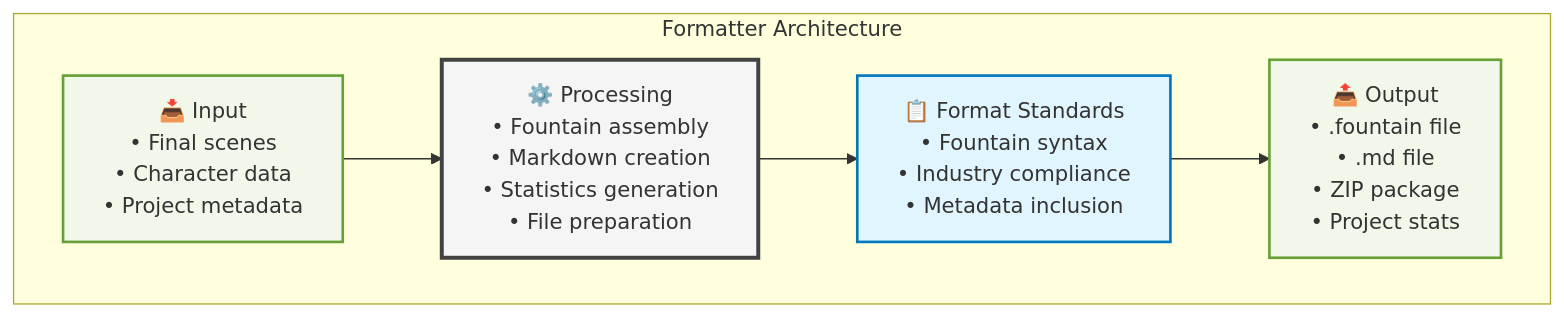
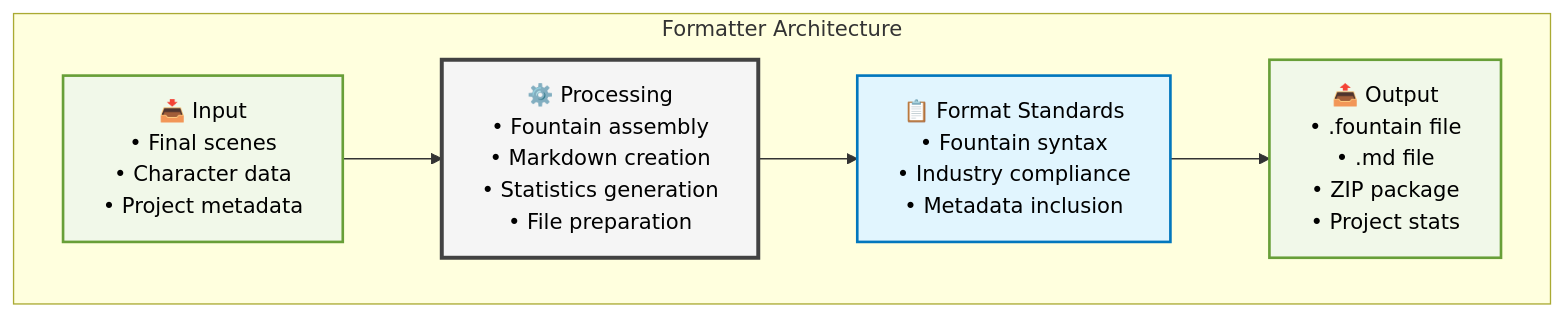
The ninth of 13 diagrams in movie-mas/Presentation/Movie-Scene-Creator-Presentation.md (drMy5tery/Movie-Scene-Creator), drawn with Mermaid before and after one commit. The commit also changed other lines of this file, not shown here.

````diff
--- a/movie-mas/Presentation/Movie-Scene-Creator-Presentation.md
+++ b/movie-mas/Presentation/Movie-Scene-Creator-Presentation.md
@@ -436,21 +436,21 @@
 ```mermaid
 graph TB
     subgraph "Formatter Architecture"
         INPUT[📥 Input<br/>• Final scenes<br/>• Character data<br/>• Project metadata]
         
         PROCESS[⚙️ Processing<br/>• Fountain assembly<br/>• Markdown creation<br/>• Statistics generation<br/>• File preparation]
         
         FORMAT[📋 Format Standards<br/>• Fountain syntax<br/>• Industry compliance<br/>• Metadata inclusion]
         
         OUTPUT[📤 Output<br/>• .fountain file<br/>• .md file<br/>• ZIP package<br/>• Project stats]
         
         INPUT --> PROCESS
         PROCESS --> FORMAT
         FORMAT --> OUTPUT
         
-        style INPUT fill:#f1f8e9,stroke:#689f38,stroke-width:2px
-        style PROCESS fill:#f5f5f5,stroke:#424242,stroke-width:3px
-        style FORMAT fill:#e1f5fe,stroke:#0277bd,stroke-width:2px
-        style OUTPUT fill:#f1f8e9,stroke:#689f38,stroke-width:2px
+        style INPUT fill:#f1f8e9,stroke:#689f38,stroke-width:2px,color:#000000
+        style PROCESS fill:#f5f5f5,stroke:#424242,stroke-width:3px,color:#000000
+        style FORMAT fill:#e1f5fe,stroke:#0277bd,stroke-width:2px,color:#000000
+        style OUTPUT fill:#f1f8e9,stroke:#689f38,stroke-width:2px,color:#000000
     end
 ```
````
